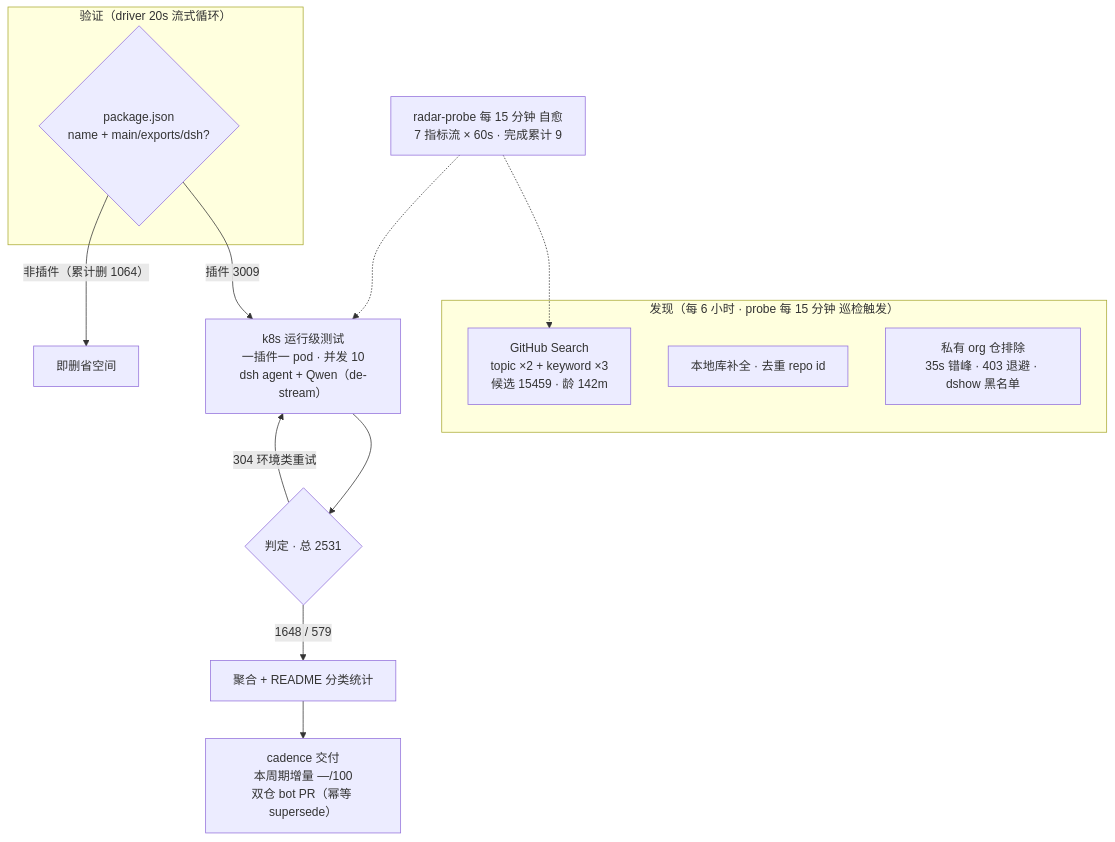
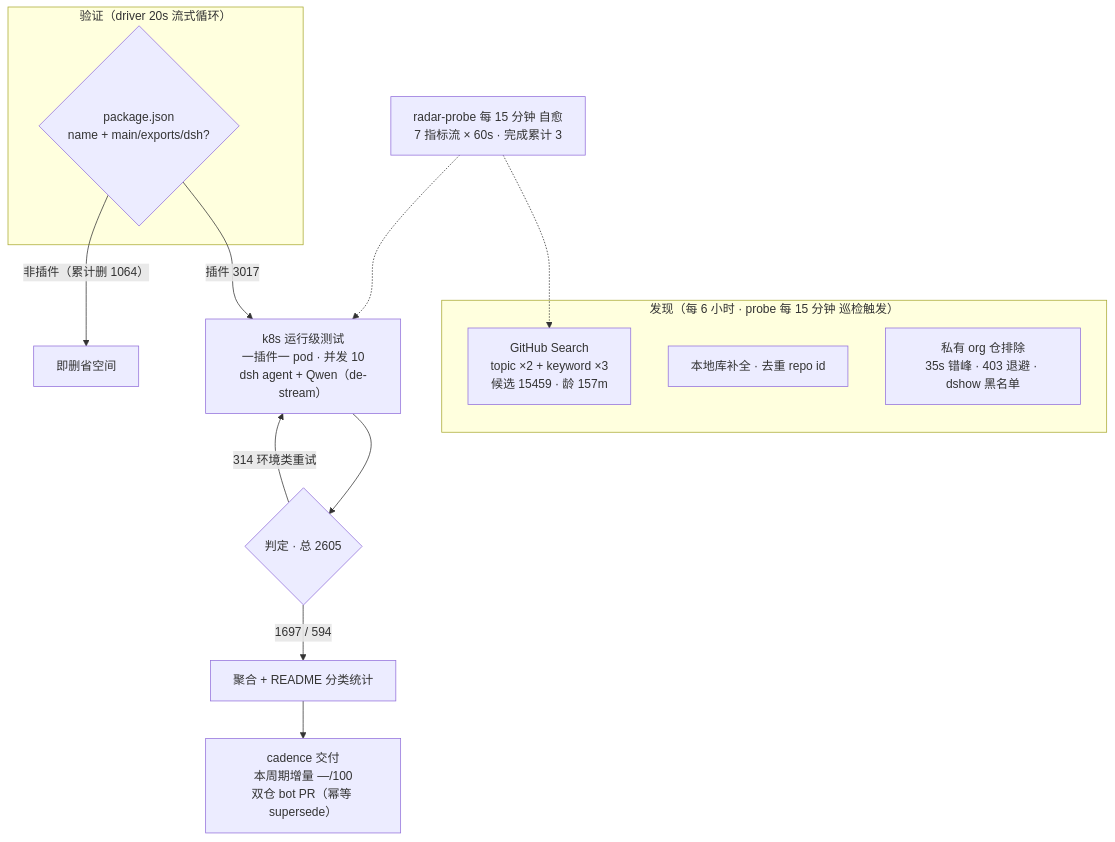
Before and after one commit to Zhidao-Lab-OSS/awesome-dsh-plugins: the diagram in README.md, drawn with Mermaid. The commit also changed other lines of this file and 1 other file, not shown here.

````diff
--- a/README.md
+++ b/README.md
@@ -37,20 +37,20 @@
 ```mermaid
 flowchart TB
     subgraph Discovery["发现（每 6 小时 · probe 每 15 分钟 巡检触发）"]
-        A1["GitHub Search<br/>topic ×2 + keyword ×3<br/>候选 15459 · 龄 142m"]
+        A1["GitHub Search<br/>topic ×2 + keyword ×3<br/>候选 15459 · 龄 157m"]
         A2["本地库补全 · 去重 repo id"]
         A3["私有 org 仓排除<br/>35s 错峰 · 403 退避 · dshow 黑名单"]
     end
     subgraph Validation["验证（driver 20s 流式循环）"]
         B1{"package.json<br/>name + main/exports/dsh?"}
     end
-    B1 -->|"插件 3009"| C1["k8s 运行级测试<br/>一插件一 pod · 并发 10<br/>dsh agent + Qwen（de-stream）"]
+    B1 -->|"插件 3017"| C1["k8s 运行级测试<br/>一插件一 pod · 并发 10<br/>dsh agent + Qwen（de-stream）"]
     B1 -->|"非插件（累计删 1064）"| B3["即删省空间"]
-    C1 --> D1{"判定 · 总 2531"}
-    D1 -->|"1648 / 579"| E1["聚合 + README 分类统计"]
-    D1 -->|"304 环境类重试"| C1
+    C1 --> D1{"判定 · 总 2605"}
+    D1 -->|"1697 / 594"| E1["聚合 + README 分类统计"]
+    D1 -->|"314 环境类重试"| C1
     E1 --> E2["cadence 交付<br/>本周期增量 —/100<br/>双仓 bot PR（幂等 supersede）"]
-    M["radar-probe 每 15 分钟 自愈<br/>7 指标流 × 60s · 完成累计 9"]
+    M["radar-probe 每 15 分钟 自愈<br/>7 指标流 × 60s · 完成累计 3"]
     M -.-> A1
     M -.-> C1
 ```
````
